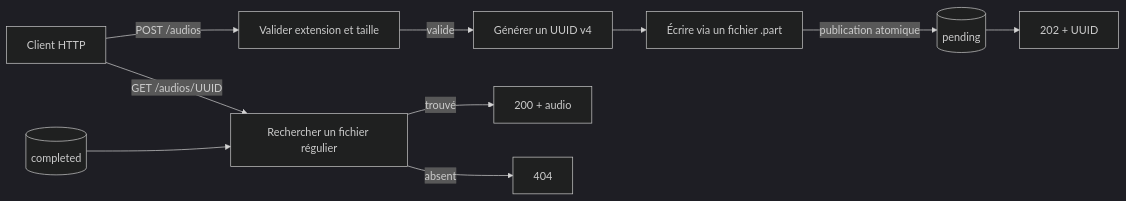
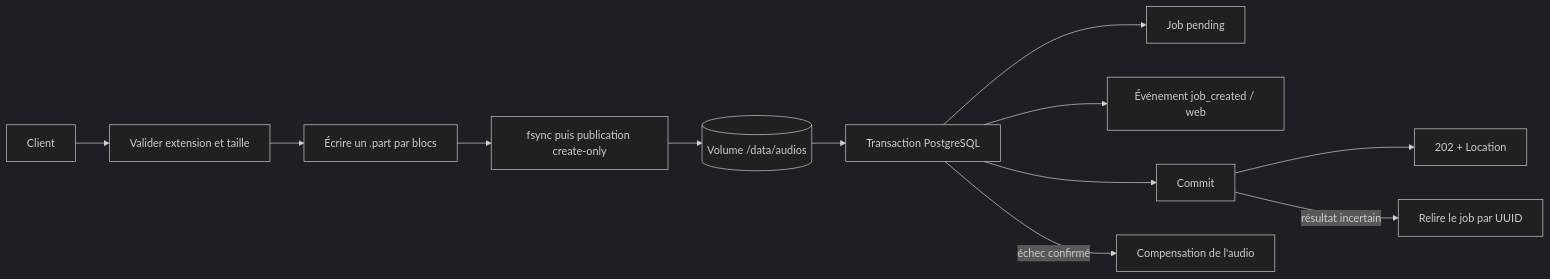
The first of 2 diagrams in apps/web/README.md (dev-vauclaire/mevo2glpi), drawn with Mermaid (dark theme) before and after one commit. The commit also changed other lines of this file and 55 other files, not shown here.

Commit message:
feat(web): persist uploaded audio jobs

````diff
--- a/apps/web/README.md
+++ b/apps/web/README.md
@@ -47,15 +49,14 @@
 ```mermaid
 flowchart LR
-    Client[Client HTTP]
-
-    Client -->|POST /audios| Validate[Valider extension et taille]
-    Validate -->|valide| UUID[Générer un UUID v4]
-    UUID --> Atomic[Écrire via un fichier .part]
-    Atomic -->|publication atomique| Pending[(pending)]
-    Pending --> Accepted[202 + UUID]
-
-    Client -->|GET /audios/UUID| Lookup[Rechercher un fichier régulier]
-    Completed[(completed)] --> Lookup
-    Lookup -->|trouvé| Audio[200 + audio]
-    Lookup -->|absent| Missing[404]
+    Client[Client] --> Validate[Valider extension et taille]
+    Validate --> Part[Écrire un .part par blocs]
+    Part --> Publish[fsync puis publication create-only]
+    Publish --> Audio[(Volume /data/audios)]
+    Audio --> Tx[Transaction PostgreSQL]
+    Tx --> Job[Job pending]
+    Tx --> Event[Événement job_created / web]
+    Tx --> Commit[Commit]
+    Commit --> Accepted[202 + Location]
+    Tx -->|échec confirmé| Delete[Compensation de l'audio]
+    Commit -->|résultat incertain| Reconcile[Relire le job par UUID]
 ```
````
